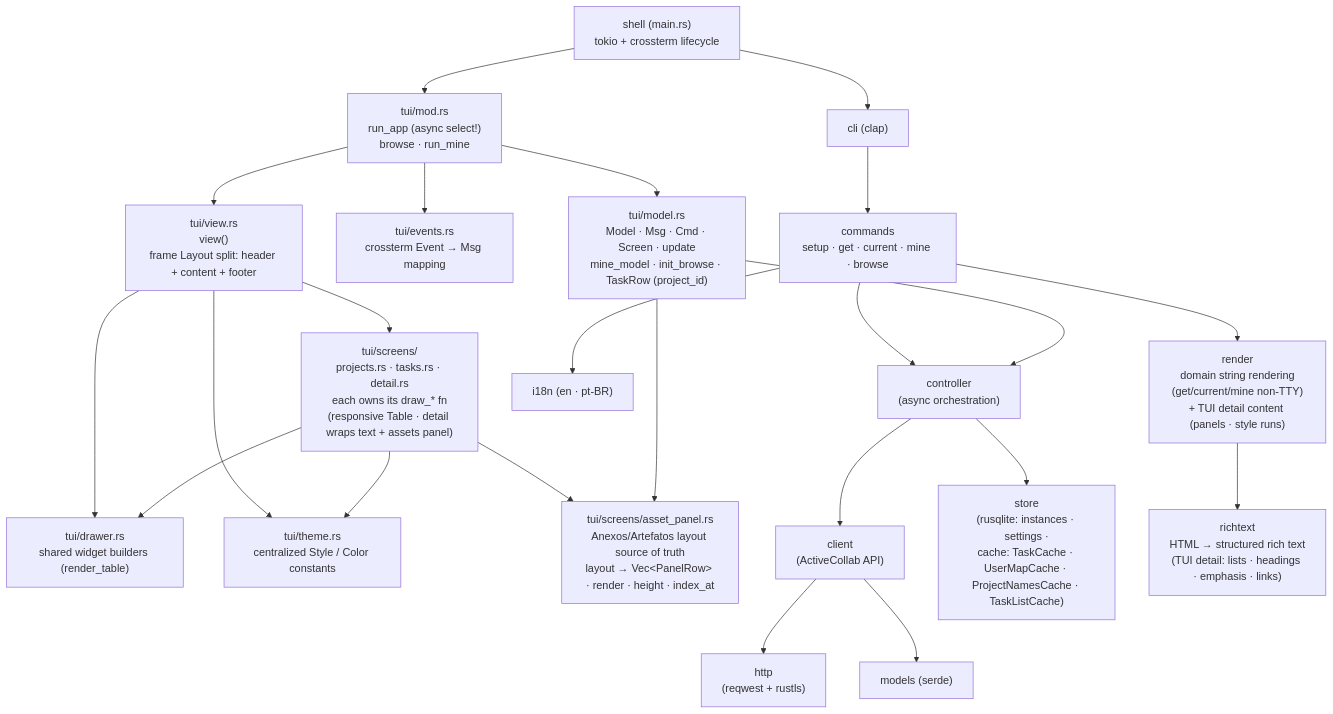
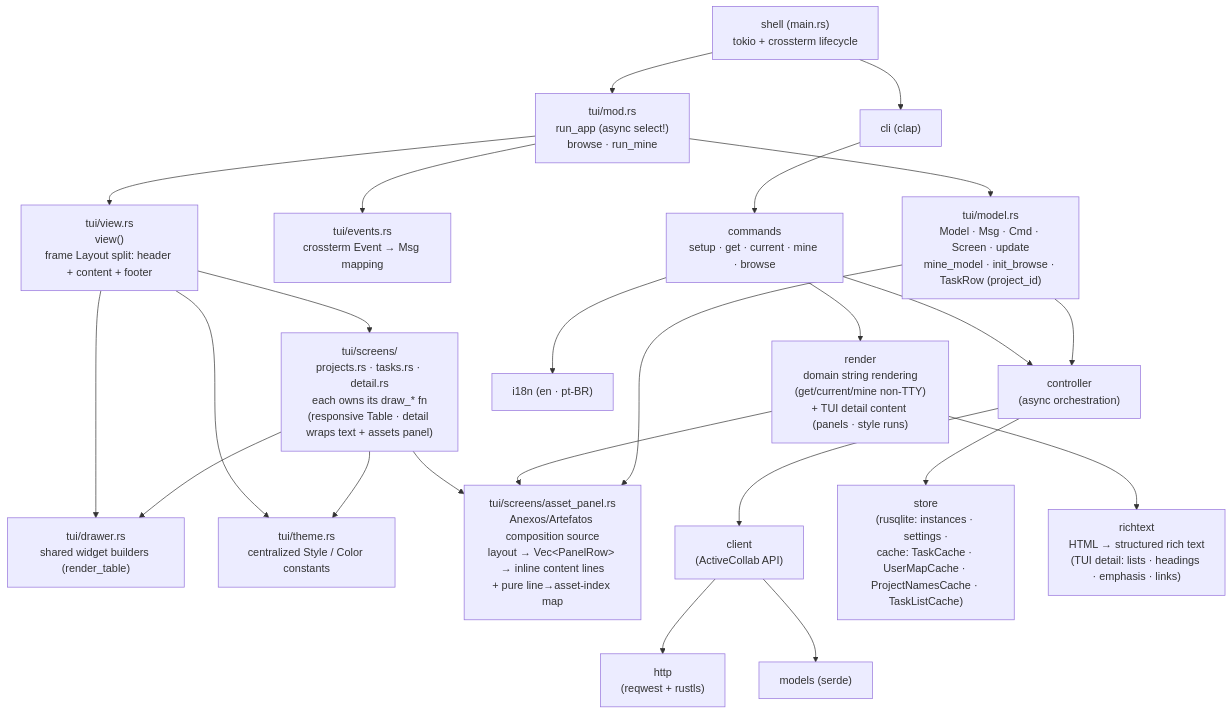
The first of 2 diagrams in docs/architecture.md (ejklock/active-collab-cli), drawn with Mermaid before and after one commit. The commit also changed other lines of this file and 10 other files, not shown here.

First line of the commit message:
docs: ADR 0029 + BDR 0022 + issue 0028 — assets inline in scrollable detail content

````diff
--- a/docs/architecture.md
+++ b/docs/architecture.md
@@ -20,25 +20,26 @@
 ```mermaid
 flowchart TD
     main["shell (main.rs)\ntokio + crossterm lifecycle"] --> tui["tui/mod.rs\nrun_app (async select!)\nbrowse · run_mine"]
     tui --> model["tui/model.rs\nModel · Msg · Cmd · Screen · update\nmine_model · init_browse · TaskRow (project_id)"]
     tui --> events["tui/events.rs\ncrossterm Event → Msg mapping"]
     tui --> view["tui/view.rs\nview()\nframe Layout split: header + content + footer"]
     view --> screens["tui/screens/\nprojects.rs · tasks.rs · detail.rs\neach owns its draw_* fn\n(responsive Table · detail wraps text + assets panel)"]
     view --> drawer["tui/drawer.rs\nshared widget builders (render_table)"]
     view --> theme["tui/theme.rs\ncentralized Style / Color constants"]
-    screens --> asset_panel["tui/screens/asset_panel.rs\nAnexos/Artefatos layout source of truth\nlayout → Vec&lt;PanelRow&gt; · render · height · index_at"]
+    screens --> asset_panel["tui/screens/asset_panel.rs\nAnexos/Artefatos composition source\nlayout → Vec&lt;PanelRow&gt; → inline content lines\n+ pure line→asset-index map"]
+    render --> asset_panel
     model --> asset_panel
     screens --> drawer
     screens --> theme
     main --> cli["cli (clap)"]
     cli --> commands["commands\nsetup · get · current · mine · browse"]
     commands --> controller["controller\n(async orchestration)"]
     model --> controller
     controller --> client["client\n(ActiveCollab API)"]
     client --> http["http\n(reqwest + rustls)"]
     controller --> store["store\n(rusqlite: instances · settings ·\ncache: TaskCache · UserMapCache · ProjectNamesCache · TaskListCache)"]
     commands --> render["render\ndomain string rendering\n(get/current/mine non-TTY)\n+ TUI detail content (panels · style runs)"]
     render --> richtext["richtext\nHTML → structured rich text\n(TUI detail: lists · headings · emphasis · links)"]
     commands --> i18n["i18n (en · pt-BR)"]
     client --> models["models (serde)"]
 ```
````
